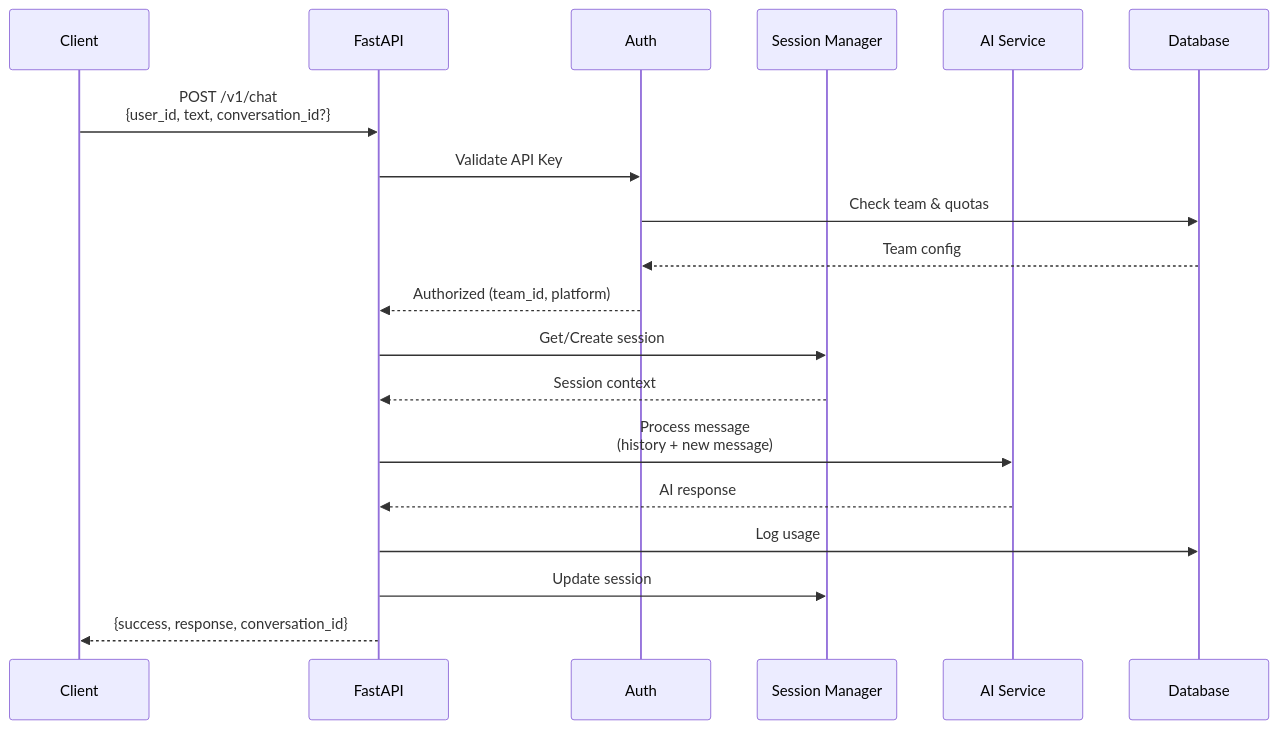
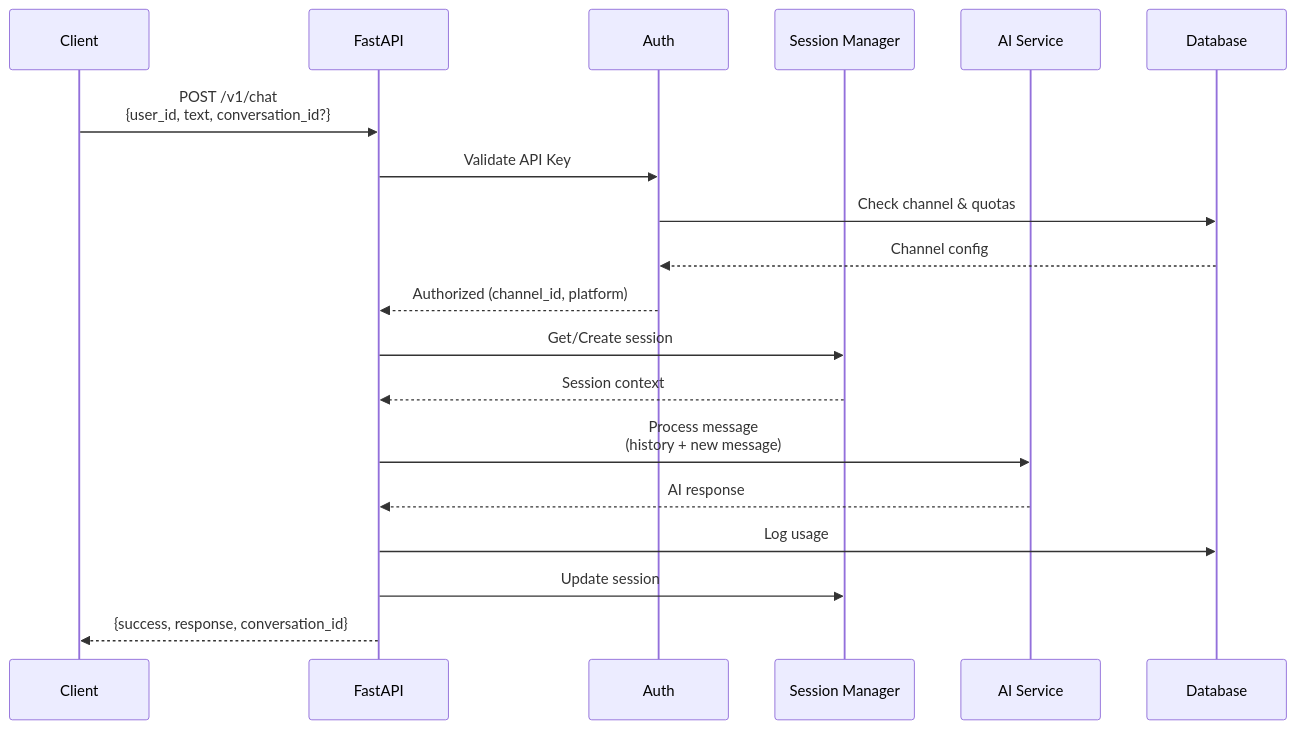
One commit to irisaprime/external-api-finisher changed the second of 2 diagrams in README.md. Above: the diagram before and after it, drawn with Mermaid. The commit also changed other lines of this file and 2 other files, not shown here.

Commit message:
fix: Remove final 7 legacy references - 100% channel architecture
Issues Fixed:
1. tests/test_dependencies.py:68 - Renamed class TestRequireTeamAccess → TestRequireChannelAccess
2. app/api/admin_routes.py:91 - Fixed description: platform_name → channel_id
3. README.md:3 - Updated description: team-based → channel-based access control
4. README.md:27 - Updated diagram: Teams & Usage → Channels & Usage
5. README.md:60 - Updated flow: Check team → Check channel
6. README.md:61 - Updated flow: Team config → Channel config
7. README.md:62 - Updated flow: team_id → channel_id

Verification:
✅ 0 references to "team_id" in Python code
✅ 0 references to "Team" class imports
✅ 0 references to team functions or classes
✅ All Python files compile successfully
✅ Database schema matches models 100%
✅ All API endpoints use /channels
✅ README and documentation fully updated

This is the ABSOLUTE FINAL cleanup - zero backward compatibility,
zero legacy code, 100% production ready.

````diff
--- a/README.md
+++ b/README.md
@@ -49,26 +49,26 @@
 ```mermaid
 sequenceDiagram
     participant Client
     participant FastAPI
     participant Auth
     participant Session Manager
     participant AI Service
     participant Database
 
     Client->>FastAPI: POST /v1/chat<br/>{user_id, text, conversation_id?}
     FastAPI->>Auth: Validate API Key
-    Auth->>Database: Check team & quotas
-    Database-->>Auth: Team config
-    Auth-->>FastAPI: Authorized (team_id, platform)
+    Auth->>Database: Check channel & quotas
+    Database-->>Auth: Channel config
+    Auth-->>FastAPI: Authorized (channel_id, platform)
 
     FastAPI->>Session Manager: Get/Create session
     Session Manager-->>FastAPI: Session context
 
     FastAPI->>AI Service: Process message<br/>(history + new message)
     AI Service-->>FastAPI: AI response
 
     FastAPI->>Database: Log usage
     FastAPI->>Session Manager: Update session
 
     FastAPI-->>Client: {success, response, conversation_id}
 ```
````
